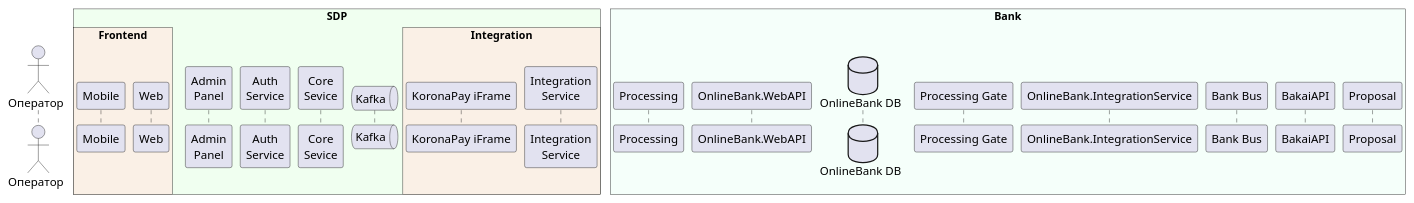
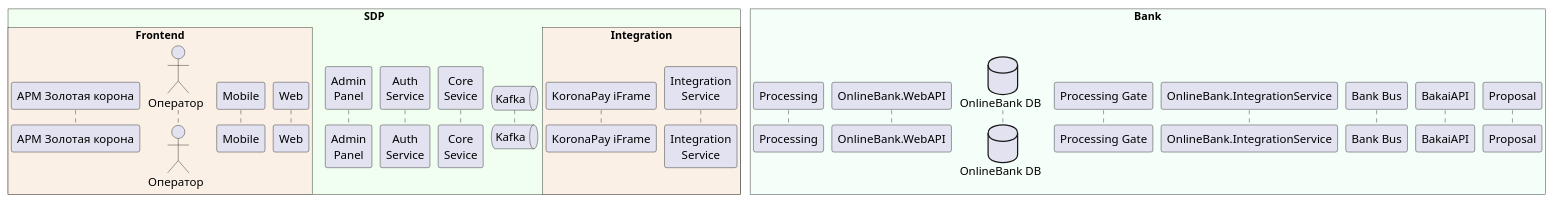
One commit to MIBtester/plantuml-styles changed the diagram in sdp_participants.puml. Above: the diagram before and after it, drawn with PlantUML.

Commit message:
fix/add koronapay participant

```diff
--- a/sdp_participants.puml
+++ b/sdp_participants.puml
@@ -1,39 +1,40 @@
 @startuml
 !pragma teoz true
 
 actor Оператор as User order 10
 
 box "SDP" #HoneyDew
 
         box "Frontend" #Linen
             participant "Mobile" as Mobile order 20
             participant "Web" as Web order 25
+            participant "АРМ Золотая корона"
         end box
 
     participant "Admin\nPanel" as Admin order 30
     participant "Auth\nService" as Auth order 33
     participant "Core\nSevice" as Core order 42
     queue "Kafka" as Kafka order 63
 
       box "Integration" #Linen
         participant "KoronaPay iFrame" as ZK order 80
         participant "Integration\nService" as Integration order 99
       end box
 
 end box
 
 box "Bank" #MintCream
 
     participant "Processing" as Processing order 100
     participant "OnlineBank.WebAPI" as WebAPI order 110
     database "OnlineBank DB" as OBDB order 120
     participant "Processing Gate" as Pgate order 130
     participant "OnlineBank.IntegrationService" as OBIS order 140
     participant "Bank Bus" as BankBus order 150
     participant "BakaiAPI" as BakaiAPI order 160
     participant "Proposal" as Proposal order 170
 
 end box
 
 
 @enduml
```
